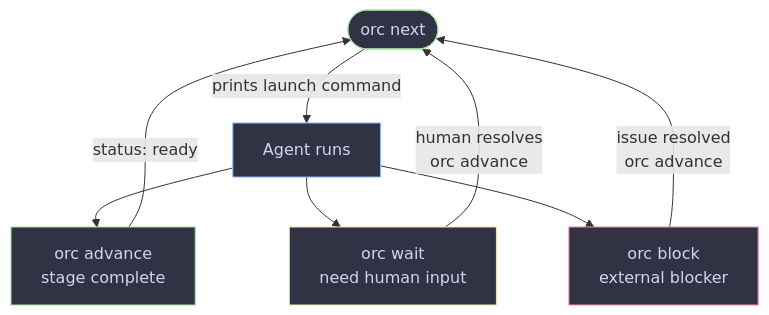
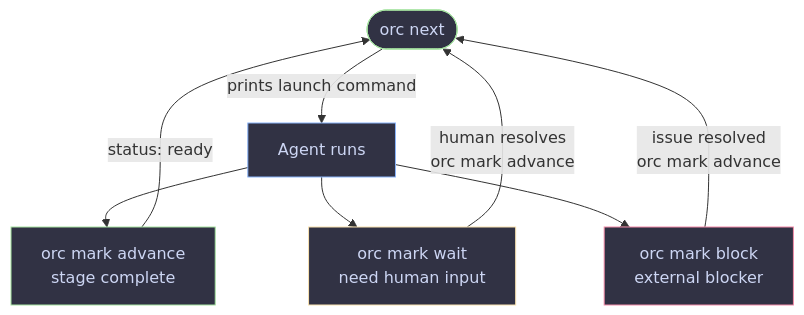
Before and after one commit to cengebretson/tmux-orc: the third of 3 diagrams in README.md, drawn with Mermaid. The commit also changed other lines of this file and 22 other files, not shown here.

First line of the commit message:
consolidate agent commands into orc mark <ticket> <action>

````diff
--- a/README.md
+++ b/README.md
@@ -206,18 +206,18 @@
 ```mermaid
 flowchart TD
     N([orc next]) -->|prints launch command| R[Agent runs]
 
-    R --> AD[orc advance\nstage complete]
-    R --> WT[orc wait\nneed human input]
-    R --> BL[orc block\nexternal blocker]
+    R --> AD[orc mark advance\nstage complete]
+    R --> WT[orc mark wait\nneed human input]
+    R --> BL[orc mark block\nexternal blocker]
 
     AD -->|status: ready| N
-    WT -->|human resolves\norc advance| N
-    BL -->|issue resolved\norc advance| N
+    WT -->|human resolves\norc mark advance| N
+    BL -->|issue resolved\norc mark advance| N
 
     style N fill:#313244,stroke:#a6e3a1,color:#cdd6f4
     style R fill:#313244,stroke:#89b4fa,color:#cdd6f4
     style AD fill:#313244,stroke:#a6e3a1,color:#cdd6f4
     style WT fill:#313244,stroke:#f9e2af,color:#cdd6f4
     style BL fill:#313244,stroke:#f38ba8,color:#cdd6f4
 ```
````
